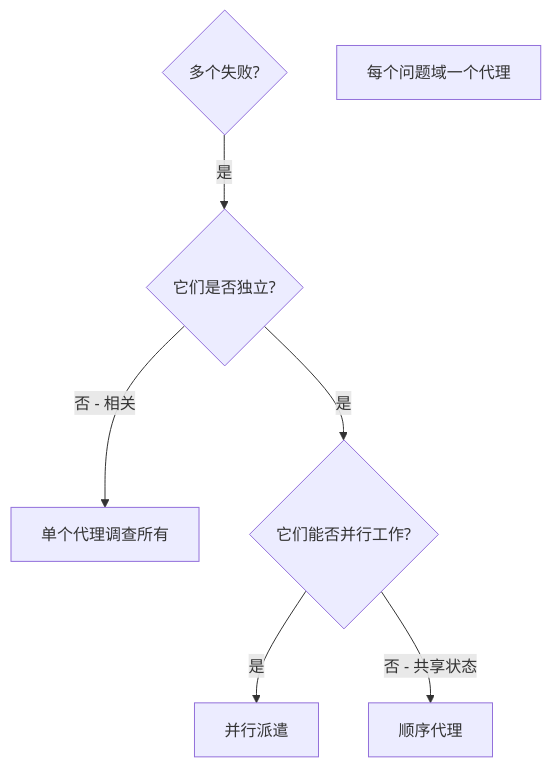
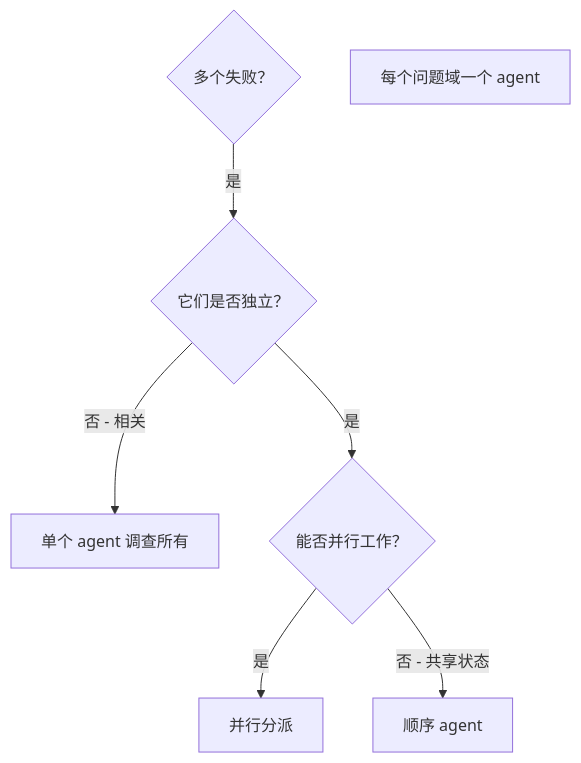
One commit to zhliner/aiTips changed the diagram in superpowers/skills/dispatching-parallel-agents/SKILL_cn.md. Above: the diagram before and after it, drawn with Mermaid. The commit also changed other lines of this file and 35 other files, not shown here.

````diff
--- a/superpowers/skills/dispatching-parallel-agents/SKILL_cn.md
+++ b/superpowers/skills/dispatching-parallel-agents/SKILL_cn.md
@@ -18,16 +18,16 @@
 ```mermaid
 flowchart TD
-    A{多个失败?}
-    B{它们是否独立?}
-    C[单个代理调查所有]
-    D[每个问题域一个代理]
-    E{它们能否并行工作?}
-    F[顺序代理]
-    G[并行派遣]
+    A{"多个失败？"}
+    B{"它们是否独立？"}
+    C["单个 agent 调查所有"]
+    D["每个问题域一个 agent"]
+    E{"能否并行工作？"}
+    F["顺序 agent"]
+    G["并行分派"]
 
     A -->|是| B
-    B -->|否 - 相关| C
+    B -->|"否 - 相关"| C
     B -->|是| E
     E -->|是| G
-    E -->|否 - 共享状态| F
+    E -->|"否 - 共享状态"| F
 ```
````
